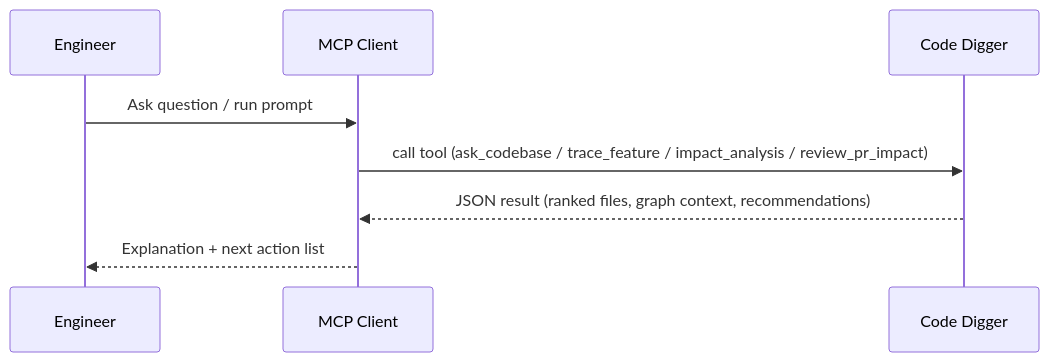
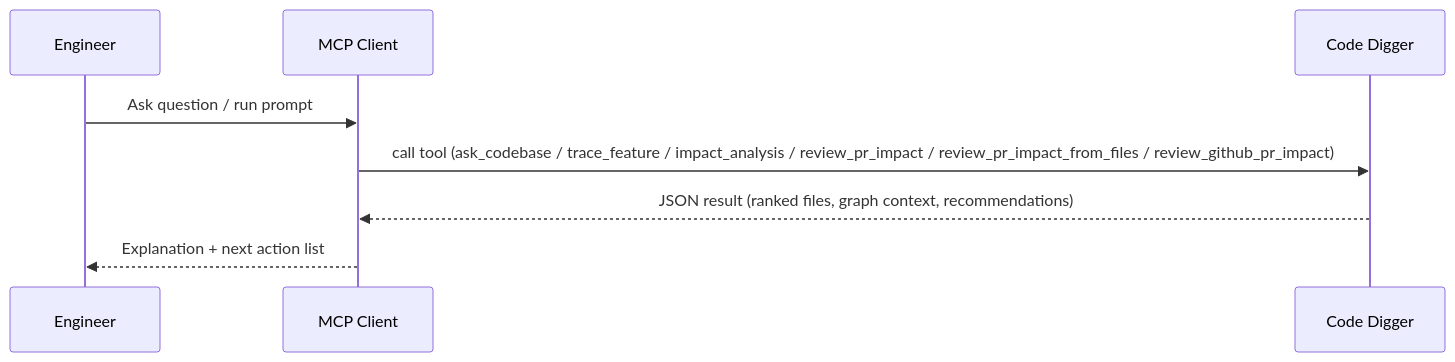
Before and after one commit to KushalP1/code-digger: the second of 2 diagrams in README.md, drawn with Mermaid. The commit also changed other lines of this file and 5 other files, not shown here.

````diff
--- a/README.md
+++ b/README.md
@@ -912,10 +985,10 @@
 ```mermaid
 sequenceDiagram
   participant U as Engineer
   participant A as MCP Client
   participant C as Code Digger
   U->>A: Ask question / run prompt
-  A->>C: call tool (ask_codebase / trace_feature / impact_analysis / review_pr_impact)
+  A->>C: call tool (ask_codebase / trace_feature / impact_analysis / review_pr_impact / review_pr_impact_from_files / review_github_pr_impact)
   C-->>A: JSON result (ranked files, graph context, recommendations)
   A-->>U: Explanation + next action list
 ```
````
